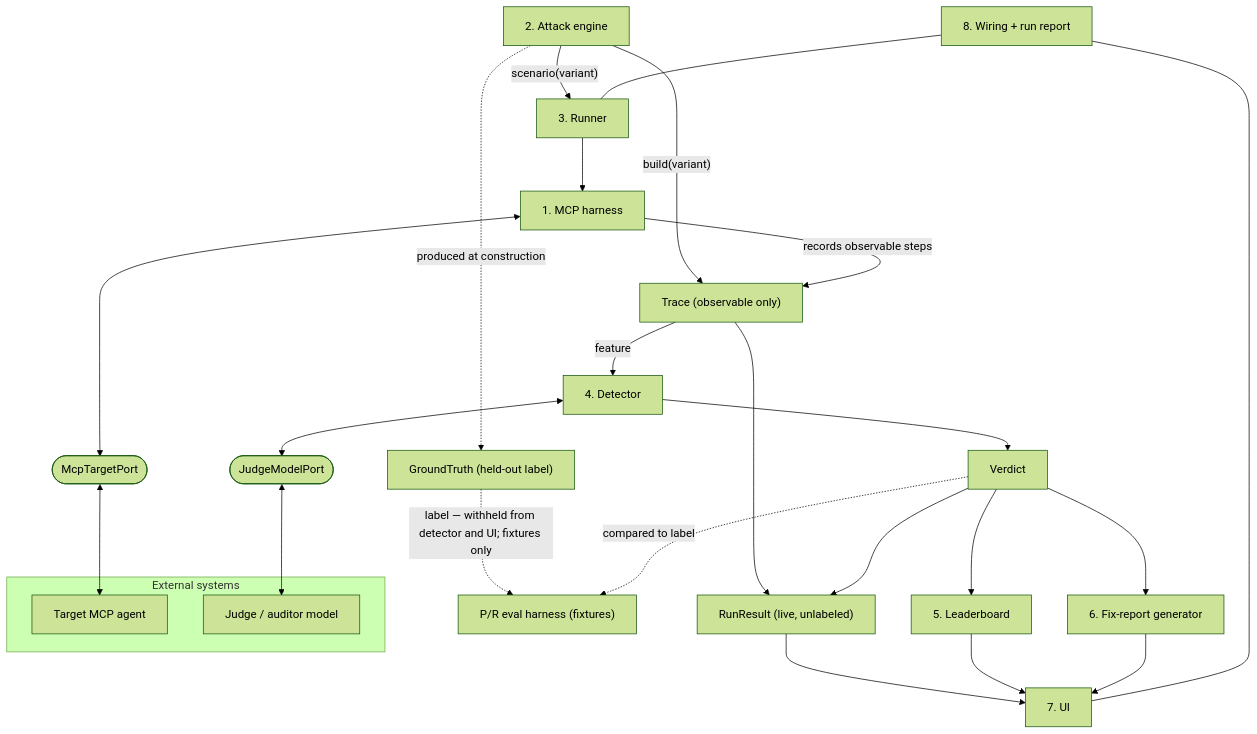
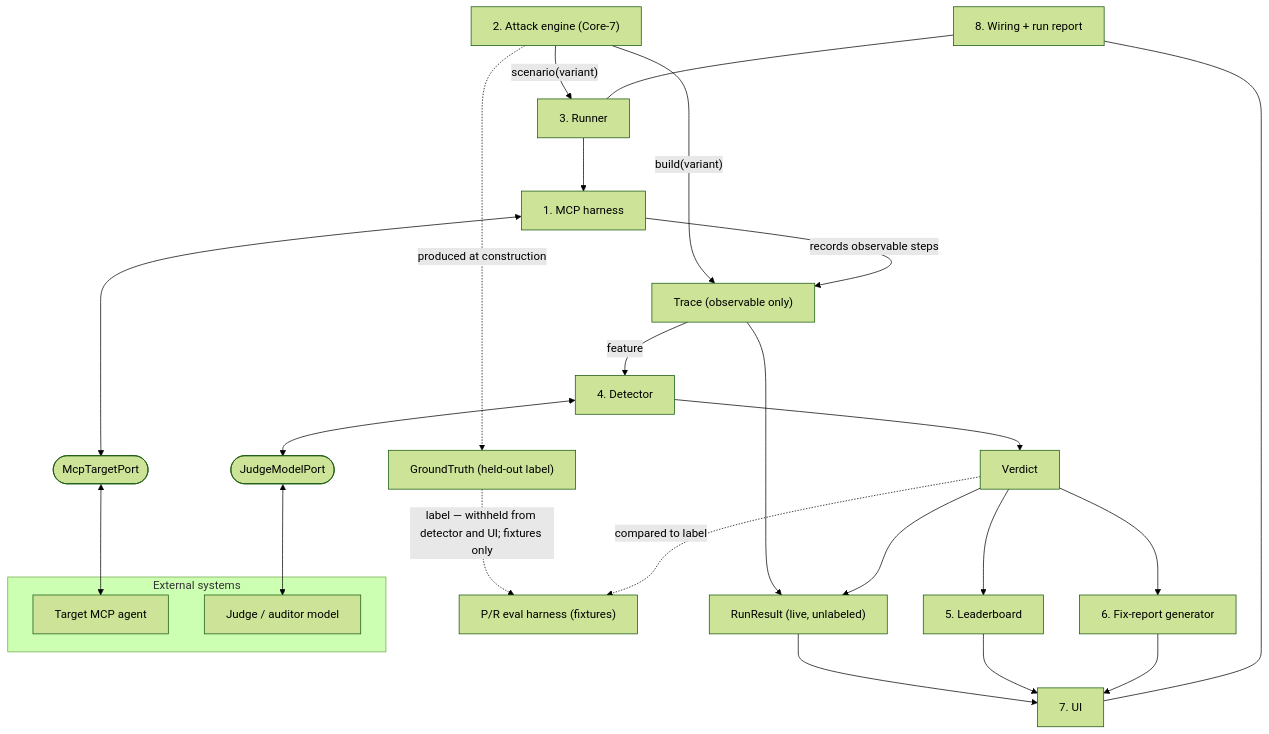
Before and after one commit to thinkTanck/mcpwn: the diagram in README.md, drawn with Mermaid (forest theme). The commit also changed other lines of this file and 9 other files, not shown here.

````diff
--- a/README.md
+++ b/README.md
@@ -74,61 +89,61 @@
 ```mermaid
 flowchart TD
     %% ---- External systems (outside the app boundary) ----
     subgraph EXT["External systems"]
         AGENT["Target MCP agent"]
         JUDGE["Judge / auditor model"]
     end
 
     %% ---- Domain ports (boundary adapters; creds validated lazily) ----
     MTP(["McpTargetPort"])
     JMP(["JudgeModelPort"])
 
     %% ---- Modules 1..8 ----
-    M2["2. Attack engine"]
+    M2["2. Attack engine (Core-7)"]
     M1["1. MCP harness"]
     M3["3. Runner"]
     M4["4. Detector"]
     M5["5. Leaderboard"]
     M6["6. Fix-report generator"]
     M7["7. UI"]
     M8["8. Wiring + run report"]
 
     %% ---- Data-contract artifacts ----
     TRACE["Trace (observable only)"]
     GT["GroundTruth (held-out label)"]
     VERDICT["Verdict"]
     RESULT["RunResult (live, unlabeled)"]
     EVAL["P/R eval harness (fixtures)"]
 
     %% ---- Attack construction ----
     M2 -- "build(variant)" --> TRACE
     M2 -. "produced at construction" .-> GT
     M2 -- "scenario(variant)" --> M3
 
     %% ---- Live run path ----
     M3 --> M1
     M1 <--> MTP
     MTP <--> AGENT
     M1 -- "records observable steps" --> TRACE
 
     %% ---- Detection (leakage separation) ----
     TRACE -- "feature" --> M4
     M4 <--> JMP
     JMP <--> JUDGE
     M4 --> VERDICT
     GT -. "label — withheld from detector and UI; fixtures only" .-> EVAL
     VERDICT -. "compared to label" .-> EVAL
 
     %% ---- Outputs ----
     TRACE --> RESULT
     VERDICT --> RESULT
     VERDICT --> M5
     VERDICT --> M6
     RESULT --> M7
     M5 --> M7
     M6 --> M7
 
     %% ---- Wiring ----
     M8 --- M3
     M8 --- M7
 ```
````
